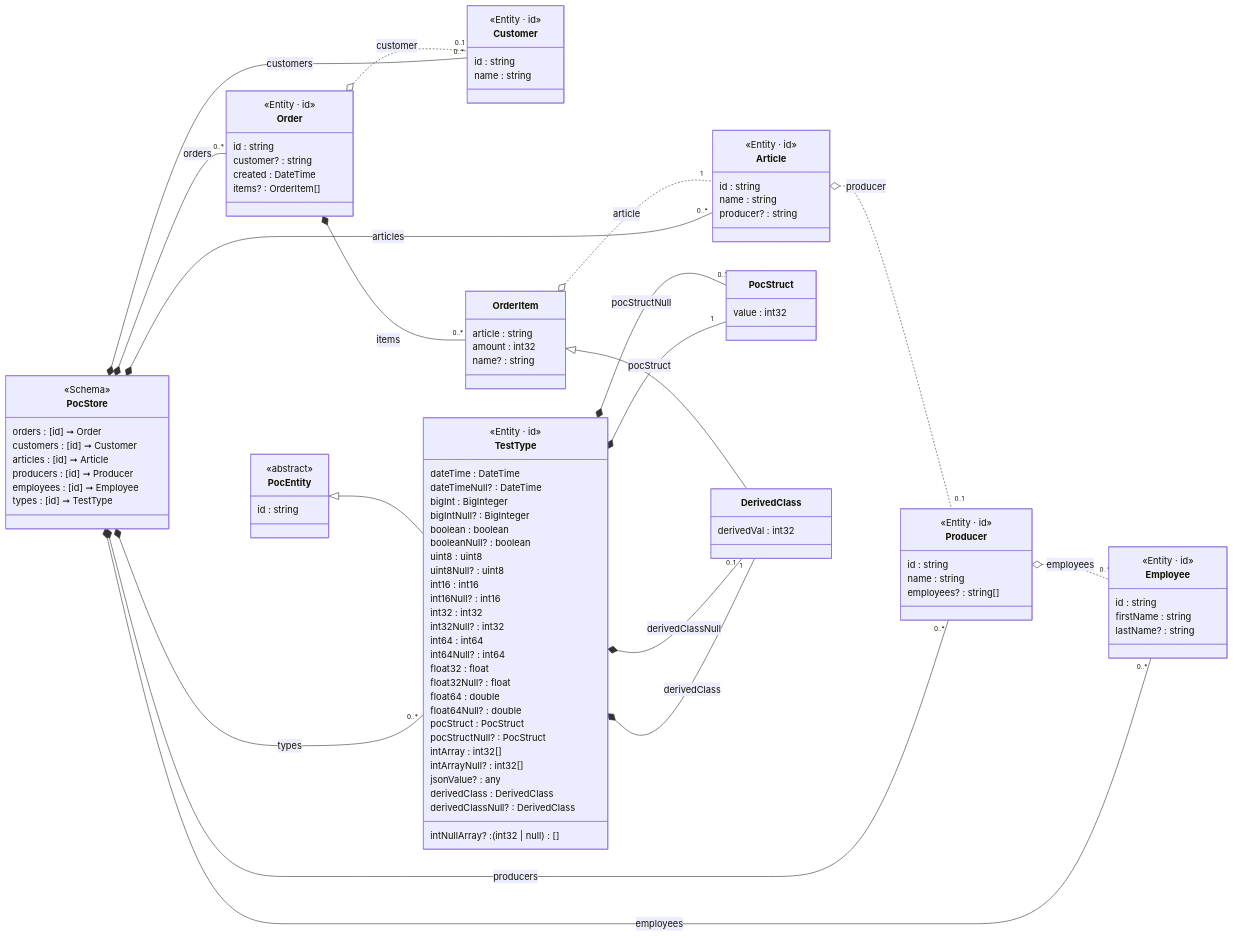
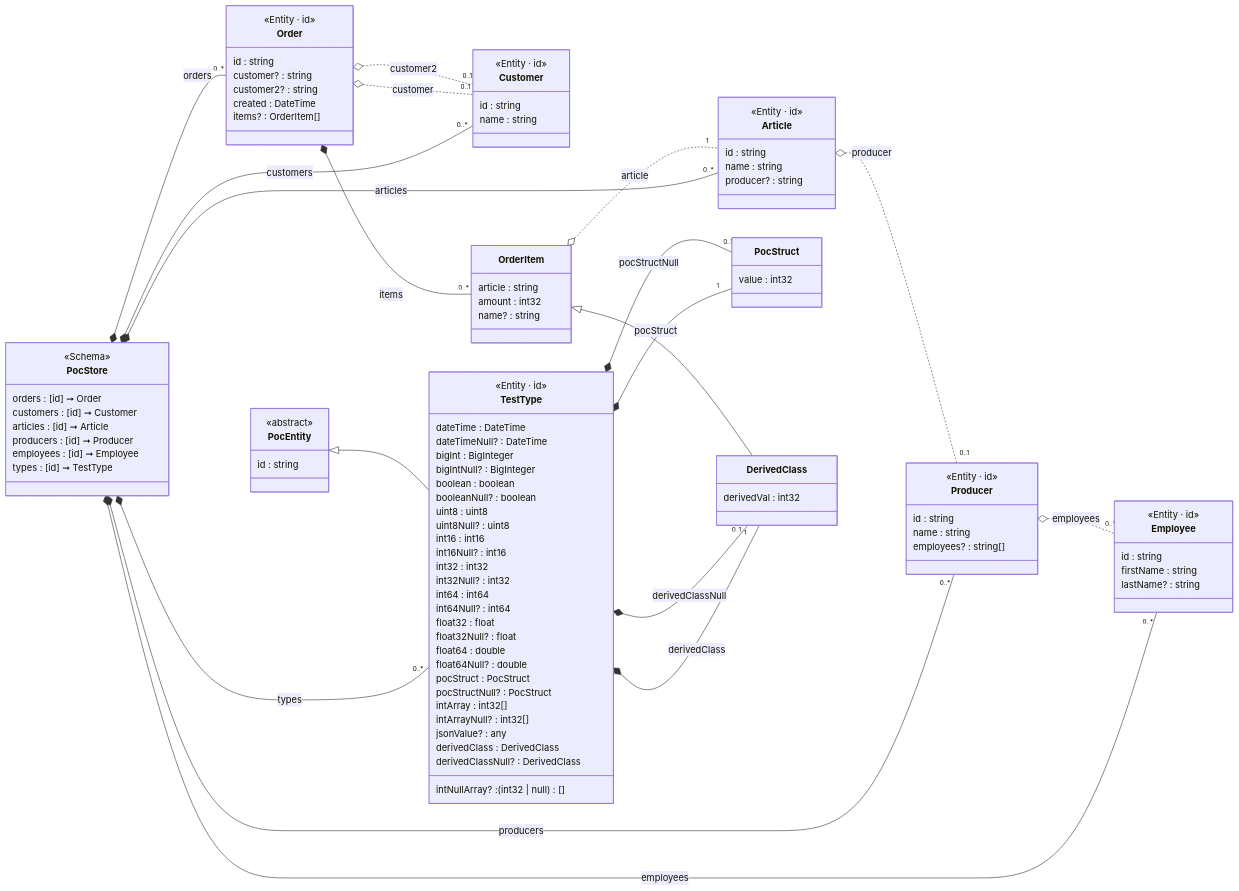
One commit to friflo/Friflo.Json.Fliox changed the diagram in Json.Tests/assets~/Schema/Markdown/PocStore/class-diagram.md. Above: the diagram before and after it, drawn with Mermaid. The commit also changed 15 other files, not shown here.

Commit message:
PocStore - add Order.customer2

```diff
--- a/Json.Tests/assets~/Schema/Markdown/PocStore/class-diagram.md
+++ b/Json.Tests/assets~/Schema/Markdown/PocStore/class-diagram.md
@@ -23,12 +23,14 @@
 
 class Order:::cssEntity {
     <<Entity · id>>
-    id        : string
-    customer? : string
-    created   : DateTime
-    items?    : OrderItem[]
+    id         : string
+    customer?  : string
+    customer2? : string
+    created    : DateTime
+    items?     : OrderItem[]
 }
 Order o.. "0..1" Customer : customer
+Order o.. "0..1" Customer : customer2
 Order *-- "0..*" OrderItem : items
 
 class Customer:::cssEntity {
```
